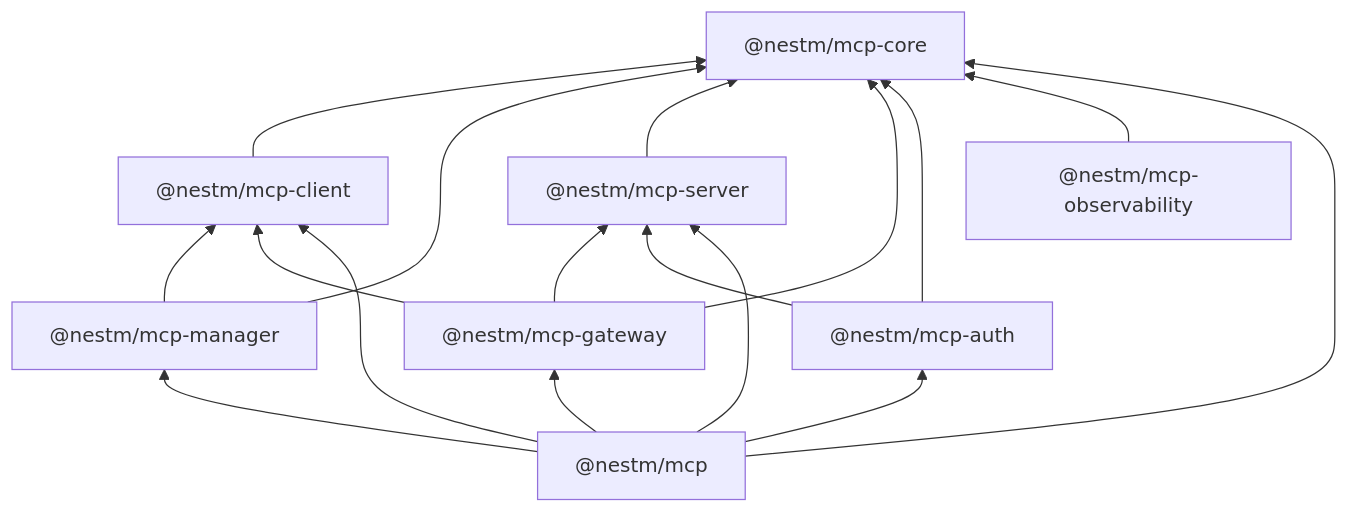
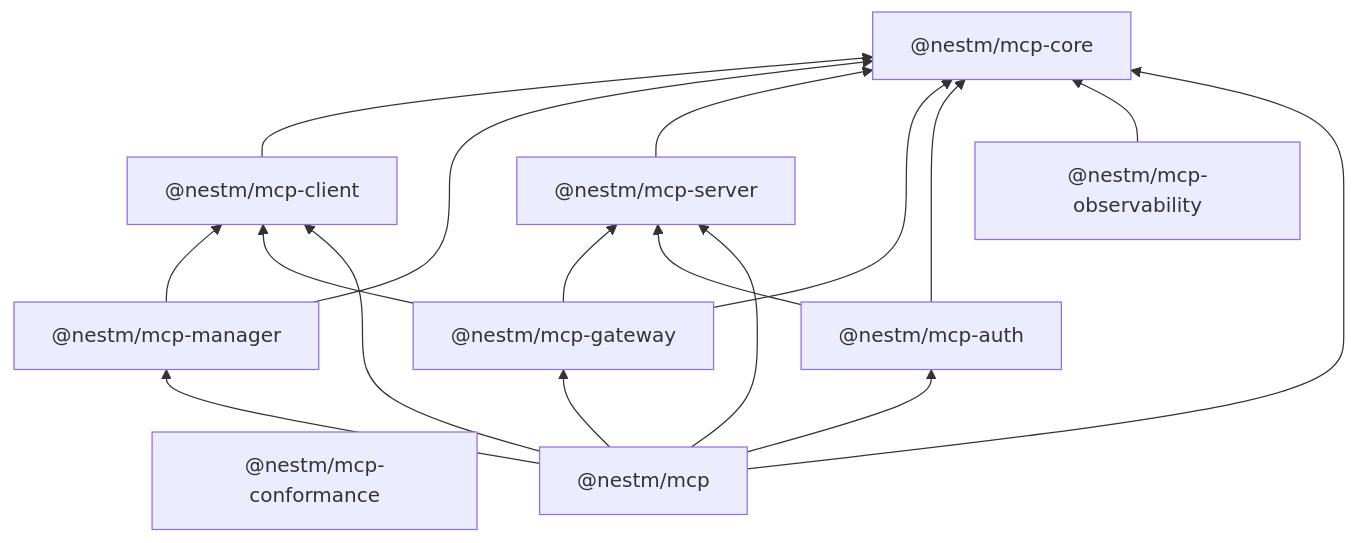
The diagram in README.md (nestm-dev/mcp), drawn with Mermaid before and after one commit. The commit also changed other lines of this file and 60 other files, not shown here.

Commit message:
feat: add repeatable MCP conformance reports

````diff
--- a/README.md
+++ b/README.md
@@ -25,20 +26,21 @@
 ```mermaid
 flowchart BT
   core["@nestm/mcp-core"]
   client["@nestm/mcp-client"] --> core
   manager["@nestm/mcp-manager"] --> core
   manager --> client
+  conformance["@nestm/mcp-conformance"]
   server["@nestm/mcp-server"] --> core
   gateway["@nestm/mcp-gateway"] --> core
   gateway --> client
   gateway --> server
   auth["@nestm/mcp-auth"] --> core
   auth --> server
   observability["@nestm/mcp-observability"] --> core
   nest["@nestm/mcp"] --> core
   nest --> server
   nest --> client
   nest --> manager
   nest --> gateway
   nest --> auth
 ```
````
